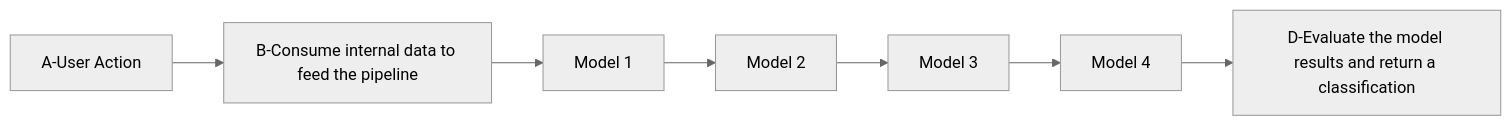
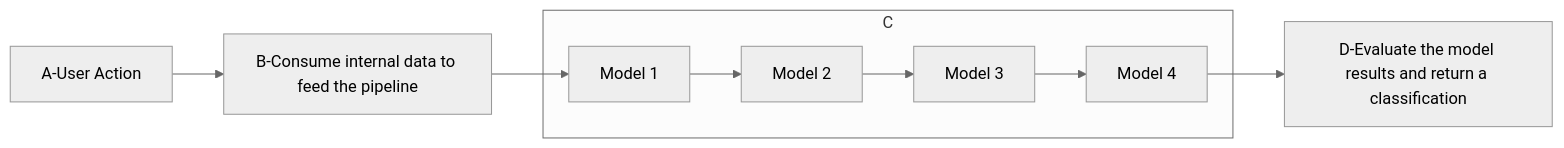
The second of 3 diagrams in source/_posts/Optmizing-ML-models-using-threads-C-and-reducing-the-tail-at-scale-network.md (perebaj/perebaj.github.io), drawn with Mermaid (neutral theme) before and after one commit. The commit also changed other lines of this file, not shown here.

````diff
--- a/source/_posts/Optmizing-ML-models-using-threads-C-and-reducing-the-tail-at-scale-network.md
+++ b/source/_posts/Optmizing-ML-models-using-threads-C-and-reducing-the-tail-at-scale-network.md
@@ -40,9 +40,11 @@
 ```mermaid
 graph LR
     A[A-User Action] --> B[B-Consume internal data to feed the pipeline]
     B --> C1[Model 1]
-    C1 --> C2[Model 2]
-    C2 --> C3[Model 3]
-    C3 --> C4[Model 4]
+    subgraph C
+        C1 --> C2[Model 2]
+        C2 --> C3[Model 3]
+        C3 --> C4[Model 4]
+    end
     C4 --> D[D-Evaluate the model results and return a classification]
 ```
````
